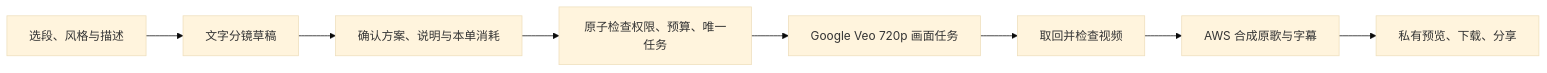
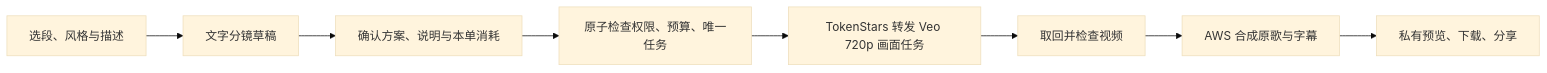
The diagram in docs/AI_SCENE_MV_VEO_SPEC.md (lth2015/yuha), drawn with Mermaid (base theme) before and after one commit. The commit also changed other lines of this file and 10 other files, not shown here.

Commit message:
docs: reconcile TokenStars Veo findings and add interaction prototype

````diff
--- a/docs/AI_SCENE_MV_VEO_SPEC.md
+++ b/docs/AI_SCENE_MV_VEO_SPEC.md
@@ -137,10 +149,10 @@
 ```mermaid
 flowchart LR
   A[选段、风格与描述] --> B[文字分镜草稿]
   B --> C[确认方案、说明与本单消耗]
   C --> D[原子检查权限、预算、唯一任务]
-  D --> E[Google Veo 720p 画面任务]
+  D --> E[TokenStars 转发 Veo 720p 画面任务]
   E --> F[取回并检查视频]
   F --> G[AWS 合成原歌与字幕]
   G --> H[私有预览、下载、分享]
 ```
````
